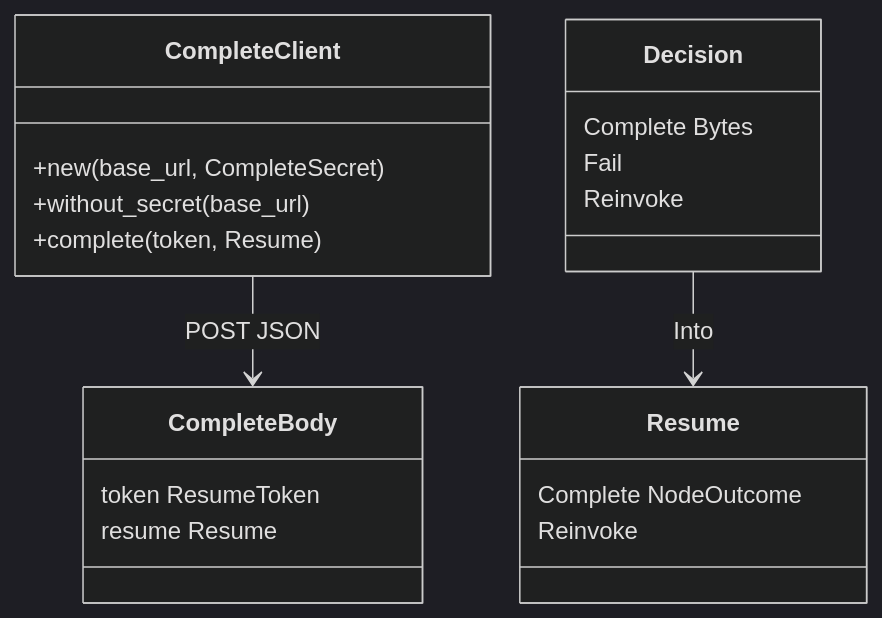
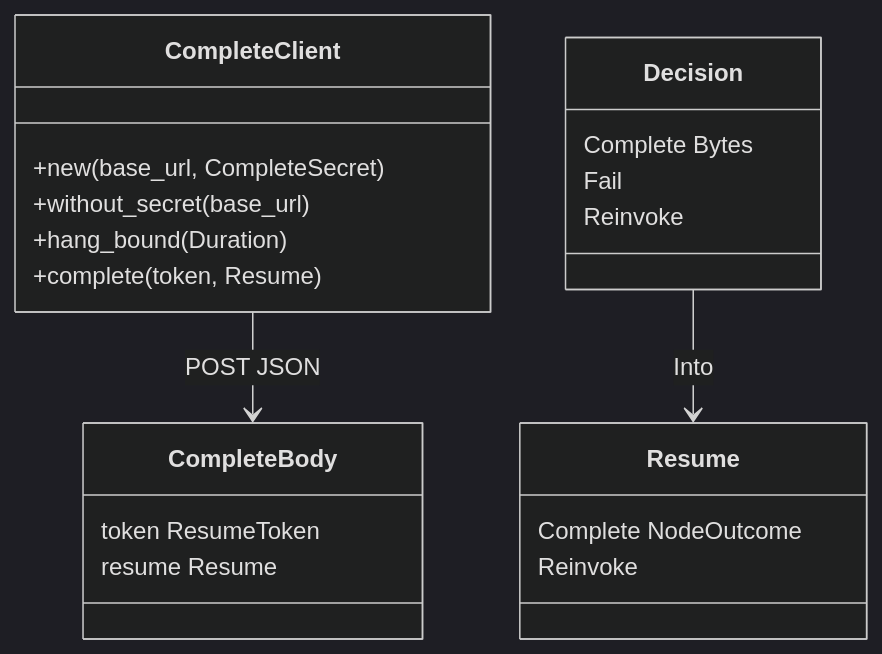
Before and after one commit to nessalabs/keel-rt: the third of 5 diagrams in docs/ARCHITECTURE.md, drawn with Mermaid (dark theme). The commit also changed 8 other files, not shown here.

First line of the commit message:
fix: CompleteClient hang-bound and no-follow locks

````diff
--- a/docs/ARCHITECTURE.md
+++ b/docs/ARCHITECTURE.md
@@ -116,23 +116,24 @@
 ```mermaid
 classDiagram
   class CompleteClient {
     +new(base_url, CompleteSecret)
     +without_secret(base_url)
+    +hang_bound(Duration)
     +complete(token, Resume)
   }
   class Decision {
     Complete Bytes
     Fail
     Reinvoke
   }
   class CompleteBody {
     token ResumeToken
     resume Resume
   }
   class Resume {
     Complete NodeOutcome
     Reinvoke
   }
   Decision --> Resume : Into
   CompleteClient --> CompleteBody : POST JSON
 ```
````
